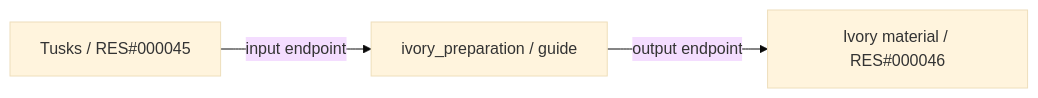
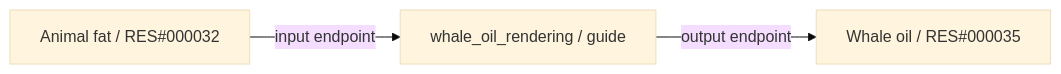
One commit to fgabo404/EvolveDoc changed diagram 37 of 37 in data/resources/DIAGRAMS.md. Above: the diagram before and after it, drawn with Mermaid (base theme). The commit also changed other lines of this file and 44 other files, not shown here.

````diff
--- a/data/resources/DIAGRAMS.md
+++ b/data/resources/DIAGRAMS.md
@@ -824,8 +850,8 @@
 ```mermaid
 flowchart LR
-    p0["ivory_preparation / guide"]
-    r0["Tusks / RES#000045"]
+    p0["whale_oil_rendering / guide"]
+    r0["Animal fat / RES#000032"]
     r0 -->|input endpoint| p0
-    r1["Ivory material / RES#000046"]
+    r1["Whale oil / RES#000035"]
     p0 -->|output endpoint| r1
 ```
````
